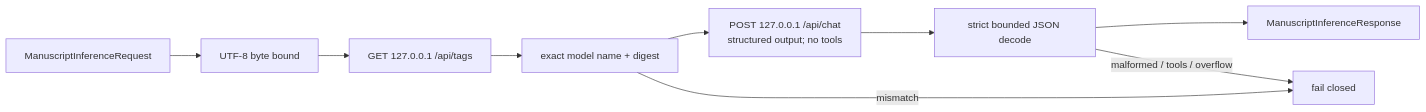
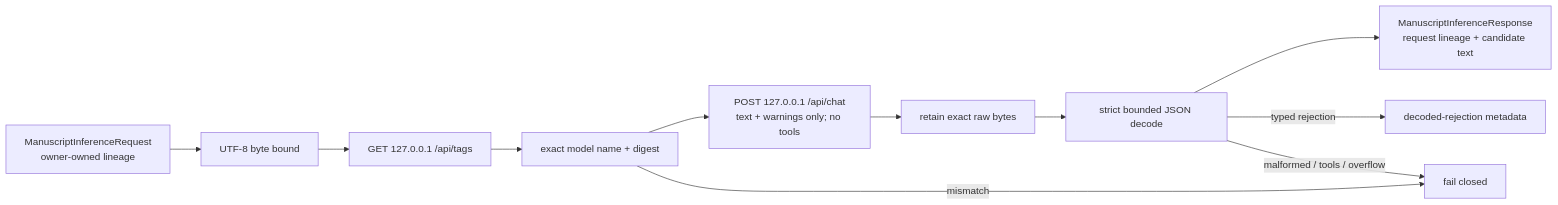
Before and after one commit to eragasa/ksdft2effmass: the diagram in docs/architecture/ksdft2effmass/publications/authoring/adapters/ollama/schematic.md, drawn with Mermaid. The commit also changed other lines of this file and 30 other files, not shown here.

````diff
--- a/docs/architecture/ksdft2effmass/publications/authoring/adapters/ollama/schematic.md
+++ b/docs/architecture/ksdft2effmass/publications/authoring/adapters/ollama/schematic.md
@@ -3,11 +3,13 @@
 ```mermaid
 flowchart LR
-    Request["ManuscriptInferenceRequest"] --> Bound["UTF-8 byte bound"]
+    Request["ManuscriptInferenceRequest<br/>owner-owned lineage"] --> Bound["UTF-8 byte bound"]
     Bound --> Tags["GET 127.0.0.1 /api/tags"]
     Tags --> Identity["exact model name + digest"]
-    Identity --> Chat["POST 127.0.0.1 /api/chat<br/>structured output; no tools"]
-    Chat --> Decode["strict bounded JSON decode"]
-    Decode --> Response["ManuscriptInferenceResponse"]
+    Identity --> Chat["POST 127.0.0.1 /api/chat<br/>text + warnings only; no tools"]
+    Chat --> Raw["retain exact raw bytes"]
+    Raw --> Decode["strict bounded JSON decode"]
+    Decode --> Response["ManuscriptInferenceResponse<br/>request lineage + candidate text"]
+    Decode -->|"typed rejection"| Rejection["decoded-rejection metadata"]
     Identity -->|"mismatch"| Stop["fail closed"]
     Decode -->|"malformed / tools / overflow"| Stop
 ```
````
